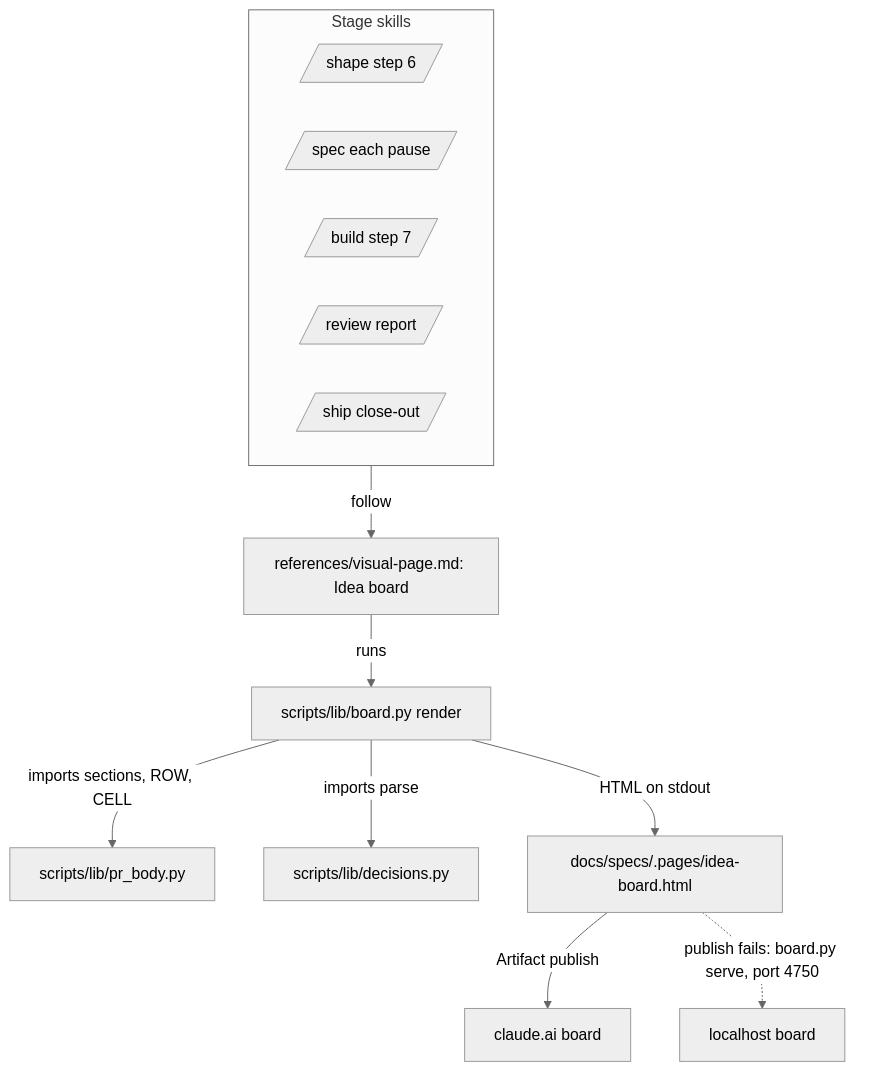
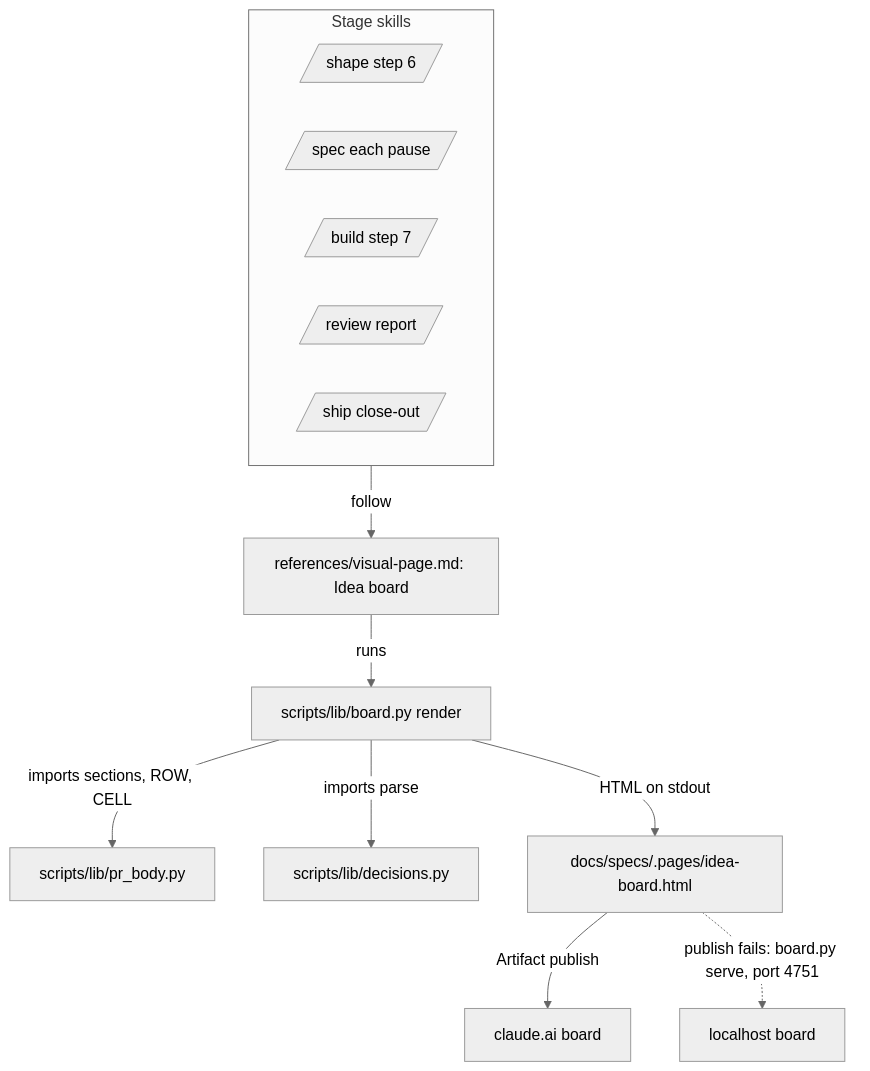
The fourth of 5 diagrams in docs/specs/idea-board.md (dzaffren/claude-plugin), drawn with Mermaid (neutral theme) before and after one commit. The commit also changed other lines of this file and 3 other files, not shown here.

````diff
--- a/docs/specs/idea-board.md
+++ b/docs/specs/idea-board.md
@@ -225,14 +182,14 @@
 ```mermaid
 flowchart TB
   subgraph stages[Stage skills]
     SH[/shape step 6/] & SP[/spec each pause/] & BU[/build step 7/] & RV[/review report/] & SI[/ship close-out/]
   end
   VP["references/visual-page.md: Idea board"]
   stages -- follow --> VP
   VP -- runs --> BP[scripts/lib/board.py render]
   BP -- imports sections, ROW, CELL --> PB[scripts/lib/pr_body.py]
   BP -- imports parse --> DP[scripts/lib/decisions.py]
   BP -- HTML on stdout --> F[docs/specs/.pages/idea-board.html]
   F -- Artifact publish --> A[claude.ai board]
-  F -. "publish fails: board.py serve, port 4750" .-> L[localhost board]
+  F -. "publish fails: board.py serve, port 4751" .-> L[localhost board]
 ```
````
